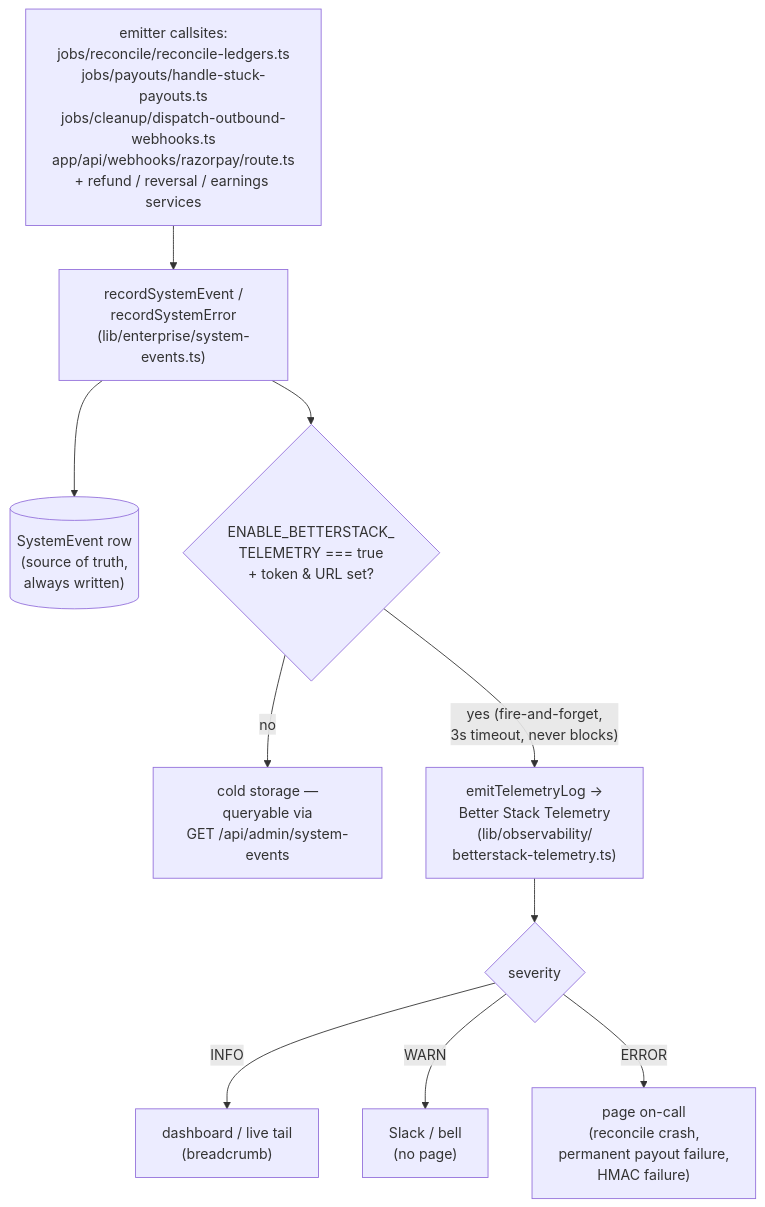
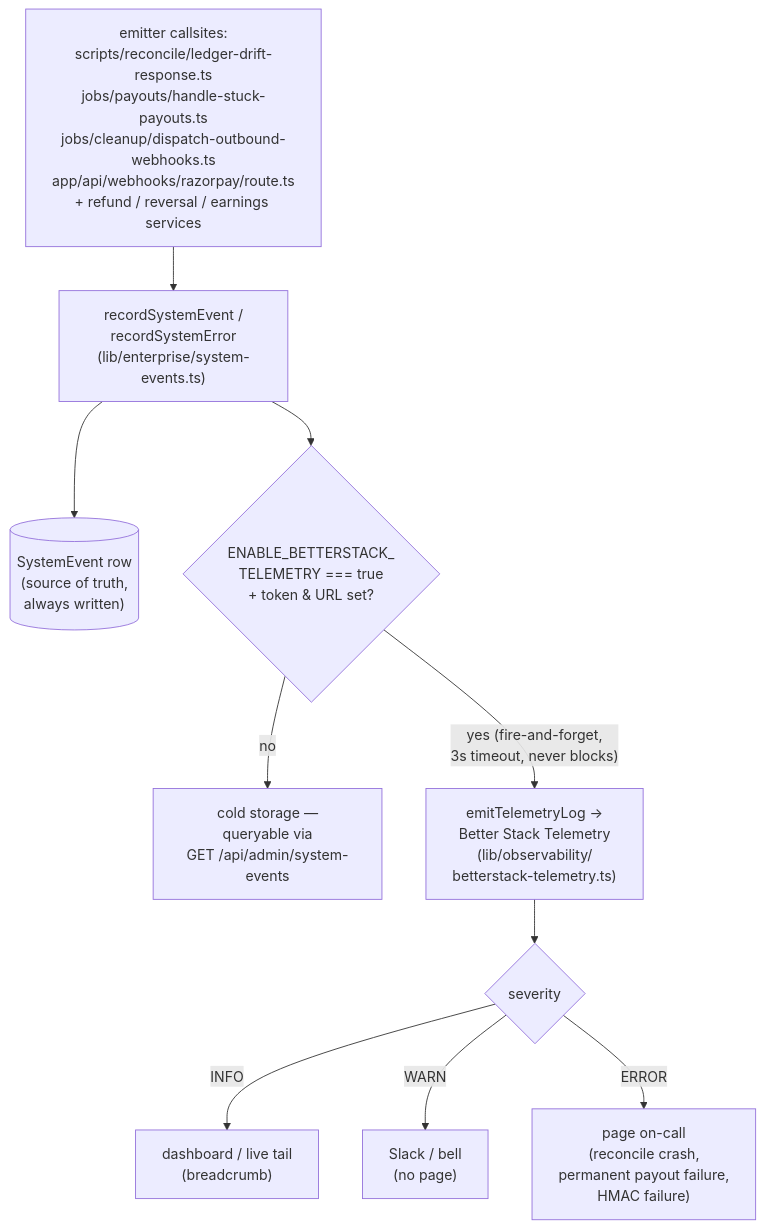
Before and after one commit to Practitionist/familiarise_web: the diagram in docs/enterprise/50-operations/03-monitoring.md, drawn with Mermaid. The commit also changed other lines of this file and 18 other files, not shown here.

First line of the commit message:
docs: point reconcile-ledgers, reconcile-disputes and tds-return-draft refs at the ticker

````diff
--- a/docs/enterprise/50-operations/03-monitoring.md
+++ b/docs/enterprise/50-operations/03-monitoring.md
@@ -279,13 +279,13 @@
 ```mermaid
 flowchart TD
-  CS["emitter callsites:<br/>jobs/reconcile/reconcile-ledgers.ts<br/>jobs/payouts/handle-stuck-payouts.ts<br/>jobs/cleanup/dispatch-outbound-webhooks.ts<br/>app/api/webhooks/razorpay/route.ts<br/>+ refund / reversal / earnings services"]
+  CS["emitter callsites:<br/>scripts/reconcile/ledger-drift-response.ts<br/>jobs/payouts/handle-stuck-payouts.ts<br/>jobs/cleanup/dispatch-outbound-webhooks.ts<br/>app/api/webhooks/razorpay/route.ts<br/>+ refund / reversal / earnings services"]
   CS --> REC["recordSystemEvent /<br/>recordSystemError<br/>(lib/enterprise/system-events.ts)"]
   REC --> DB[("SystemEvent row<br/>(source of truth,<br/>always written)")]
   REC --> GATE{ENABLE_BETTERSTACK_<br/>TELEMETRY === true<br/>+ token & URL set?}
   GATE -->|"no"| COLD["cold storage —<br/>queryable via<br/>GET /api/admin/system-events"]
   GATE -->|"yes (fire-and-forget,<br/>3s timeout, never blocks)"| BS["emitTelemetryLog →<br/>Better Stack Telemetry<br/>(lib/observability/<br/>betterstack-telemetry.ts)"]
   BS --> SEV{severity}
   SEV -->|"INFO"| DASH["dashboard / live tail<br/>(breadcrumb)"]
   SEV -->|"WARN"| BELL["Slack / bell<br/>(no page)"]
   SEV -->|"ERROR"| ONCALL["page on-call<br/>(reconcile crash,<br/>permanent payout failure,<br/>HMAC failure)"]
 ```
````
